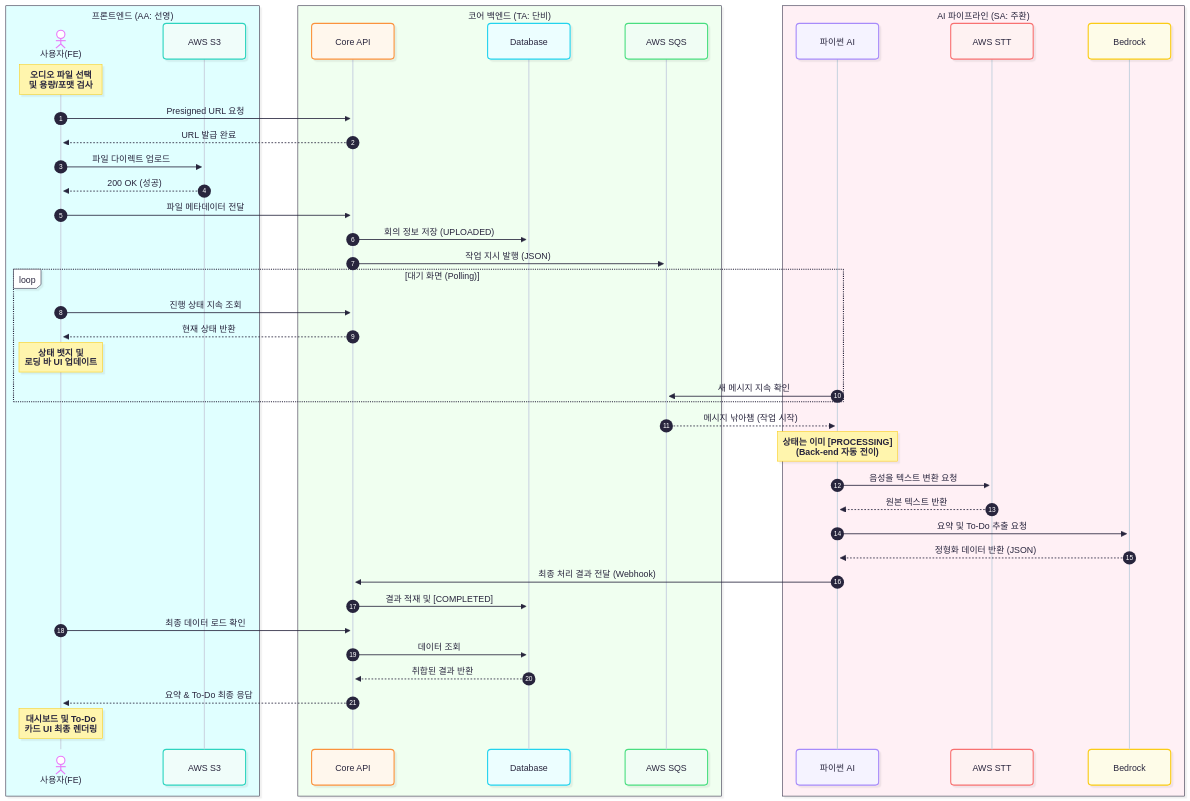
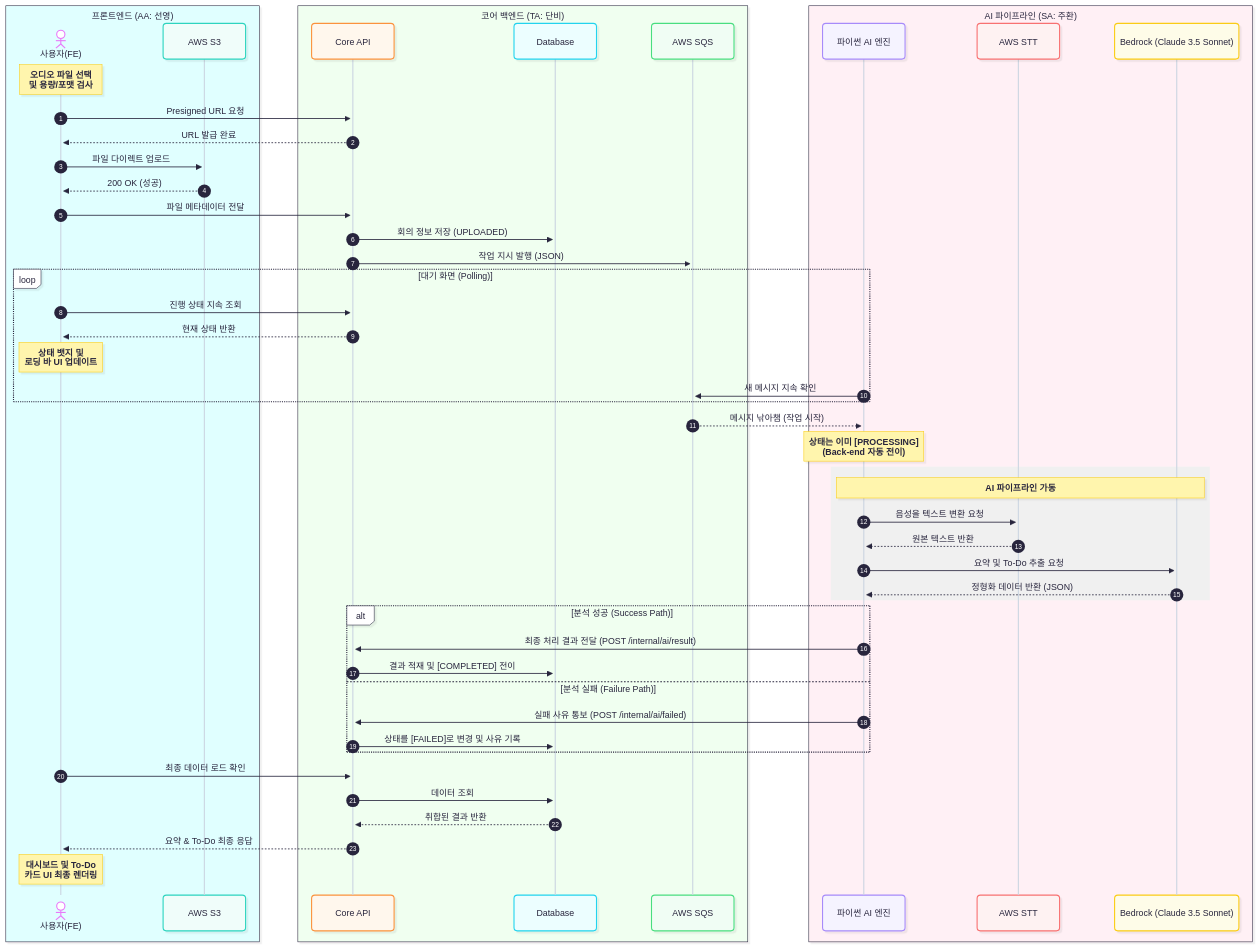
The diagram in ai-pipeline/docs/ARCHITECTURE.md (Project-AWS-AI-Minutes/AI-Minutes), drawn with Mermaid before and after one commit. The commit also changed other lines of this file and 7 other files, not shown here.

````diff
--- a/ai-pipeline/docs/ARCHITECTURE.md
+++ b/ai-pipeline/docs/ARCHITECTURE.md
@@ -36,69 +36,79 @@
 ```mermaid
 ---
 config:
   themeVariables:
     actorLineColor: '#cbd5e1'
   sequence:
     actorMargin: 100
     messageMargin: 50
     noteMargin: 10
   look: neo
   theme: redux-color
 ---
 sequenceDiagram
     autonumber
 
     box LightCyan 프론트엔드 (AA: 선영)
         actor Client as 사용자(FE)
         participant S3 as AWS S3
     end
 
     box Honeydew 코어 백엔드 (TA: 단비)
         participant Core as Core API
         participant DB as Database
         participant SQS as AWS SQS
     end
 
     box LavenderBlush AI 파이프라인 (SA: 주환)
-        participant AI as 파이썬 AI
+        participant AI as 파이썬 AI 엔진
         participant STT as AWS STT
-        participant LLM as Bedrock
+        participant LLM as Bedrock (Claude 3.5 Sonnet)
     end
 
     %% 1단계: 업로드 준비
     Note over Client: 오디오 파일 선택<br/>및 용량/포맷 검사
     Client->>Core: Presigned URL 요청
     Core-->>Client: URL 발급 완료
 
     %% 2단계: 실제 파일 업로드
     Client->>S3: 파일 다이렉트 업로드
     S3-->>Client: 200 OK (성공)
     Client->>Core: 파일 메타데이터 전달
     Core->>DB: 회의 정보 저장 (UPLOADED)
     Core->>SQS: 작업 지시 발행 (JSON)
 
     %% 3단계: 비동기 대기
     loop 대기 화면 (Polling)
         Client->>Core: 진행 상태 지속 조회
         Core-->>Client: 현재 상태 반환
         Note over Client: 상태 뱃지 및<br/>로딩 바 UI 업데이트
         AI->>SQS: 새 메시지 지속 확인
     end
 
     %% 4단계: AI 엔진 작업
     SQS-->>AI: 메시지 낚아챔 (작업 시작)
     Note over AI: 상태는 이미 [PROCESSING] <br/>(Back-end 자동 전이)
-    AI->>STT: 음성을 텍스트 변환 요청
-    STT-->>AI: 원본 텍스트 반환
-    AI->>LLM: 요약 및 To-Do 추출 요청
-    LLM-->>AI: 정형화 데이터 반환 (JSON)
     
-    %% 5단계: 마무리
-    AI->>Core: 최종 처리 결과 전달 (Webhook)
-    Core->>DB: 결과 적재 및 [COMPLETED]
+    rect rgb(240, 240, 240)
+        Note over AI, LLM: AI 파이프라인 가동
+        AI->>STT: 음성을 텍스트 변환 요청
+        STT-->>AI: 원본 텍스트 반환
+        AI->>LLM: 요약 및 To-Do 추출 요청
+        LLM-->>AI: 정형화 데이터 반환 (JSON)
+    end
+    
+    %% 5단계: 마무리 (성공/실패 분기)
+    alt 분석 성공 (Success Path)
+        AI->>Core: 최종 처리 결과 전달 (POST /internal/ai/result)
+        Core->>DB: 결과 적재 및 [COMPLETED] 전이
+    else 분석 실패 (Failure Path)
+        AI->>Core: 실패 사유 통보 (POST /internal/ai/failed)
+        Core->>DB: 상태를 [FAILED]로 변경 및 사유 기록
+    end
+    
     Client->>Core: 최종 데이터 로드 확인
     Core->>DB: 데이터 조회
     DB-->>Core: 취합된 결과 반환
     Core-->>Client: 요약 & To-Do 최종 응답
     Note over Client: 대시보드 및 To-Do<br/>카드 UI 최종 렌더링
 ```
````
